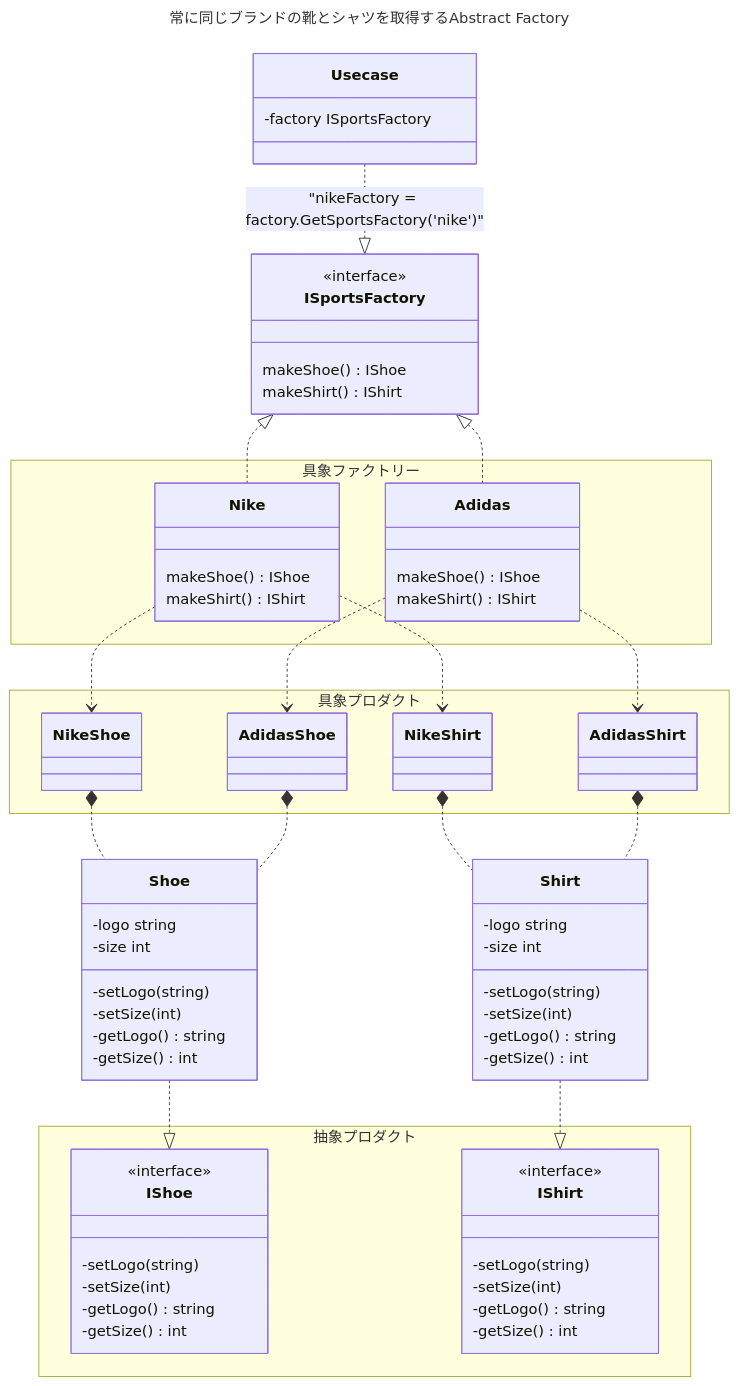
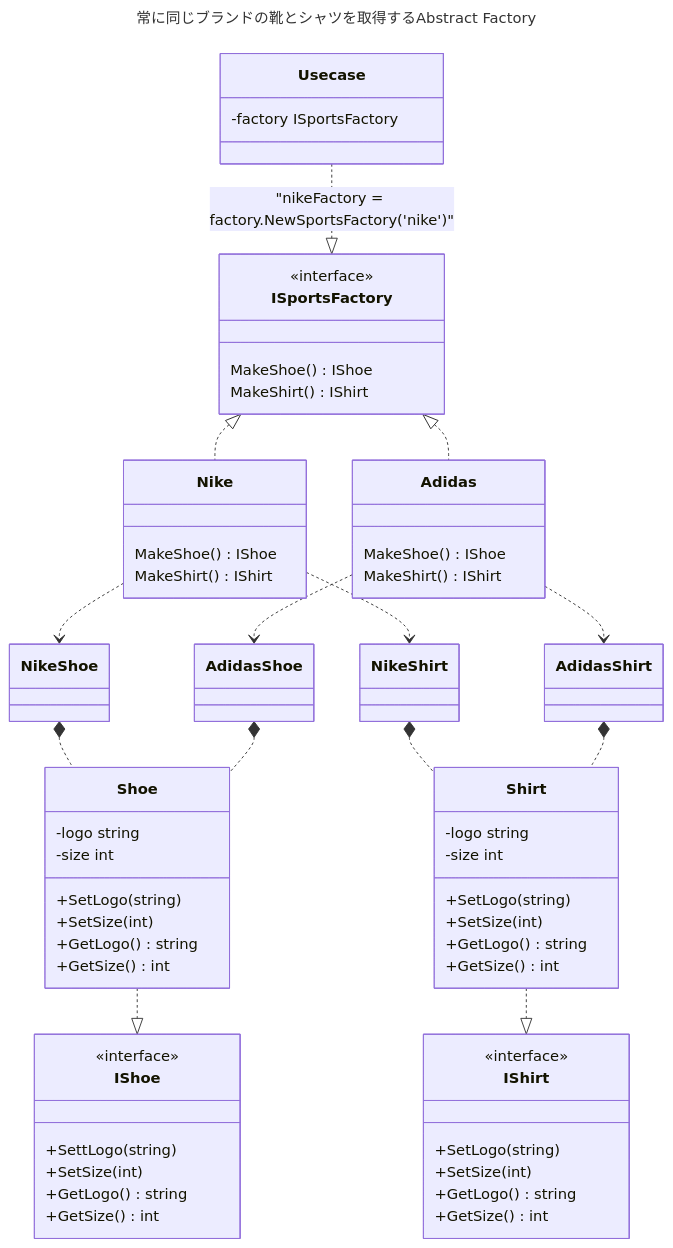
Before and after one commit to masafumi330/go-class-uml: the diagram in abstractfactory/README.md, drawn with Mermaid.

```diff
--- a/abstractfactory/README.md
+++ b/abstractfactory/README.md
@@ -16,29 +16,29 @@
         -factory ISportsFactory
     }
 
-    Usecase ..|> ISportsFactory : "nikeFactory = factory.GetSportsFactory('nike')"
+    Usecase ..|> ISportsFactory : "nikeFactory = factory.NewSportsFactory('nike')"
 
     class ISportsFactory {
         <<interface>>
-        makeShoe() IShoe
-        makeShirt() IShirt
+        MakeShoe() IShoe
+        MakeShirt() IShirt
     }
 
-    namespace 具象ファクトリー {
+
         class Adidas {
-            makeShoe() IShoe
-            makeShirt() IShirt
+            MakeShoe() IShoe
+            MakeShirt() IShirt
         }
         class Nike {
-            makeShoe() IShoe
-            makeShirt() IShirt
+            MakeShoe() IShoe
+            MakeShirt() IShirt
         }
-    }
+
 
     ISportsFactory <|.. Adidas
     ISportsFactory <|.. Nike
 
-    namespace 具象プロダクト {
+
         class AdidasShoe {
             
         }
@@ -49,24 +49,22 @@
         }
         class NikeShirt {
         }
-    }
 
-    namespace 抽象プロダクト {
+    
         class IShoe {
             <<interface>>
-            -setLogo(string)
-            -setSize(int)
-            -getLogo() string
-            -getSize() int
+            +SettLogo(string)
+            +SetSize(int)
+            +GetLogo() string
+            +GetSize() int
         }
         class IShirt {
             <<interface>>
-            -setLogo(string)
-            -setSize(int)
-            -getLogo() string
-            -getSize() int
+            +SetLogo(string)
+            +SetSize(int)
+            +GetLogo() string
+            +GetSize() int
         }
-    }
 
     Nike ..> NikeShoe
     Nike ..> NikeShirt
@@ -76,18 +74,18 @@
     class Shoe {
         -logo string
         -size int
-        -setLogo(string)
-        -setSize(int)
-        -getLogo() string
-        -getSize() int
+        +SetLogo(string)
+        +SetSize(int)
+        +GetLogo() string
+        +GetSize() int
     }
     class Shirt {
         -logo string
         -size int
-        -setLogo(string)
-        -setSize(int)
-        -getLogo() string
-        -getSize() int
+        +SetLogo(string)
+        +SetSize(int)
+        +GetLogo() string
+        +GetSize() int
     }
 
     NikeShoe *.. Shoe
```
